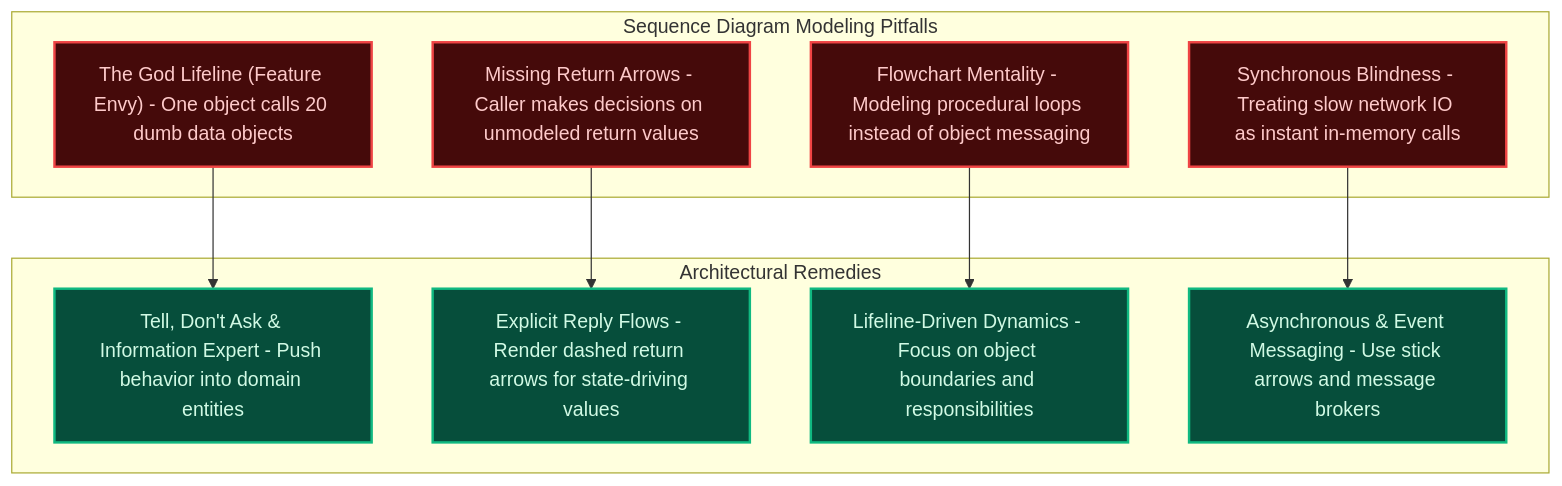
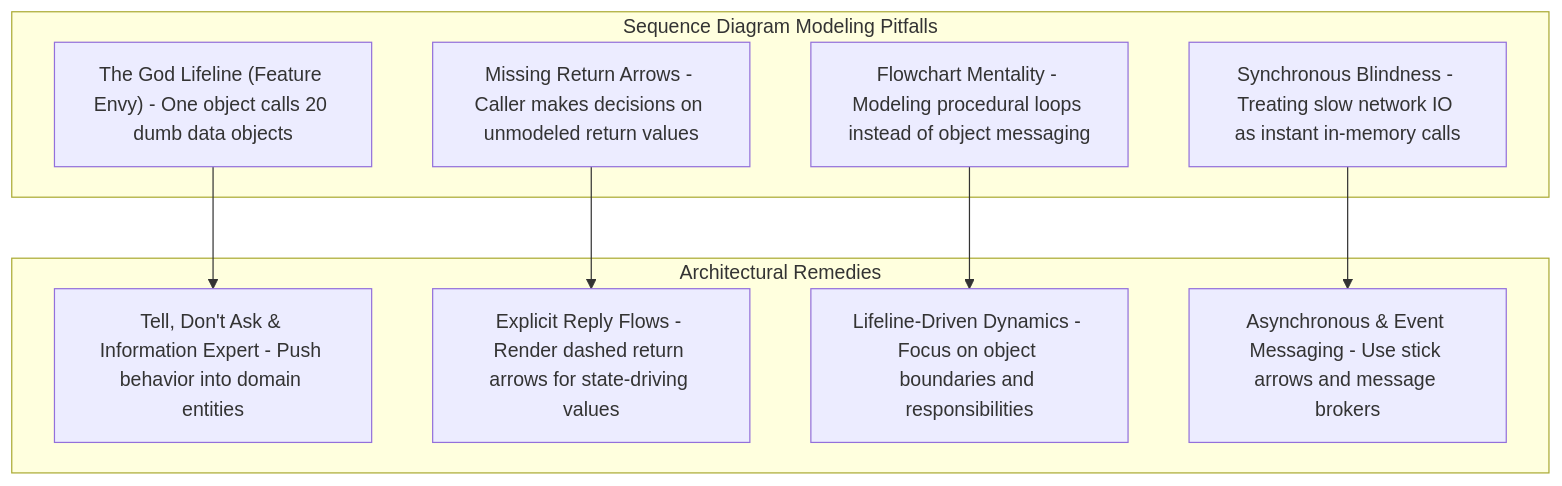
Before and after one commit to AkmKawser/System-Design: the fourth of 4 diagrams in topics/1.LLD/UML-DIAGRAMMING/output/query_UML-DIAGRAMMING/002_sequence_diagram_and_object_interactions.md, drawn with Mermaid. The commit also changed other lines of this file and 6 other files, not shown here.

Commit message:
fix(diagrams): remove dark fills and rects to ensure full visibility on GitHub light theme

````diff
--- a/topics/1.LLD/UML-DIAGRAMMING/output/query_UML-DIAGRAMMING/002_sequence_diagram_and_object_interactions.md
+++ b/topics/1.LLD/UML-DIAGRAMMING/output/query_UML-DIAGRAMMING/002_sequence_diagram_and_object_interactions.md
@@ -407,25 +405,21 @@
 ```mermaid
 flowchart TD
     subgraph AntiPatterns["Sequence Diagram Modeling Pitfalls"]
         AP1["The God Lifeline (Feature Envy) - One object calls 20 dumb data objects"]
         AP2["Missing Return Arrows - Caller makes decisions on unmodeled return values"]
         AP3["Flowchart Mentality - Modeling procedural loops instead of object messaging"]
         AP4["Synchronous Blindness - Treating slow network IO as instant in-memory calls"]
     end
     subgraph Remedies["Architectural Remedies"]
         R1["Tell, Don't Ask & Information Expert - Push behavior into domain entities"]
         R2["Explicit Reply Flows - Render dashed return arrows for state-driving values"]
         R3["Lifeline-Driven Dynamics - Focus on object boundaries and responsibilities"]
         R4["Asynchronous & Event Messaging - Use stick arrows and message brokers"]
     end
 
     AP1 --> R1
     AP2 --> R2
     AP3 --> R3
     AP4 --> R4
 
-    classDef bad fill:#450a0a,stroke:#ef4444,stroke-width:2px,color:#fecaca;
-    classDef good fill:#064e3b,stroke:#10b981,stroke-width:2px,color:#d1fae5;
-    class AP1,AP2,AP3,AP4 bad;
-    class R1,R2,R3,R4 good;
 ```
````
